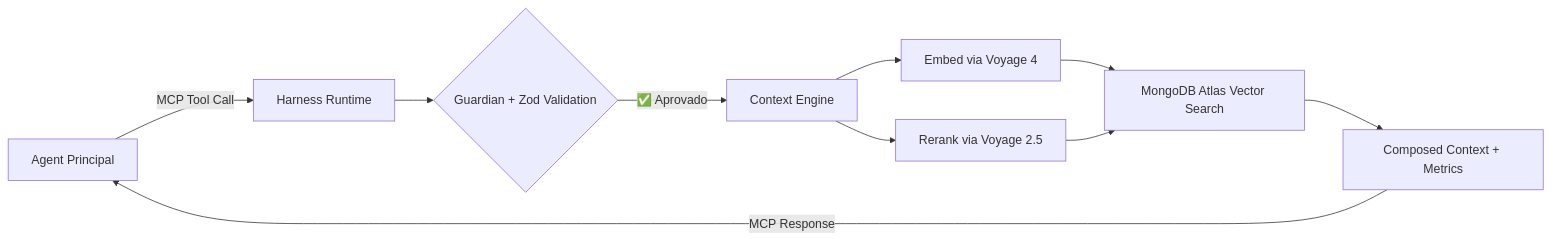
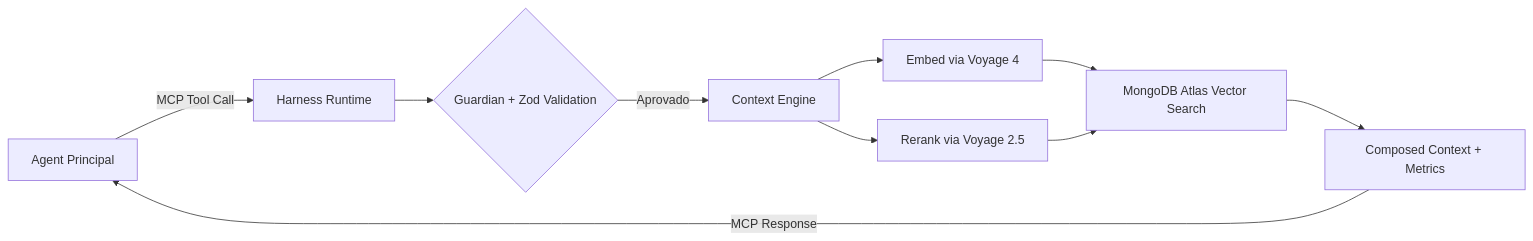
One commit to MachiTwo/MachiOnCoffee changed the diagram in content/docs/vectora/_index.md. Above: the diagram before and after it, drawn with Mermaid. The commit also changed other lines of this file and 37 other files, not shown here.

````diff
--- a/content/docs/vectora/_index.md
+++ b/content/docs/vectora/_index.md
@@ -36,12 +36,12 @@
 ```mermaid
 graph LR
     A[Agent Principal] -->|MCP Tool Call| B[Harness Runtime]
     B --> C{Guardian + Zod Validation}
-    C -->|✅ Aprovado| D[Context Engine]
+    C -->| Aprovado| D[Context Engine]
     D --> E[Embed via Voyage 4]
     D --> F[Rerank via Voyage 2.5]
     E --> G[MongoDB Atlas Vector Search]
     F --> G
     G --> H[Composed Context + Metrics]
     H -->|MCP Response| A
 ```
````
